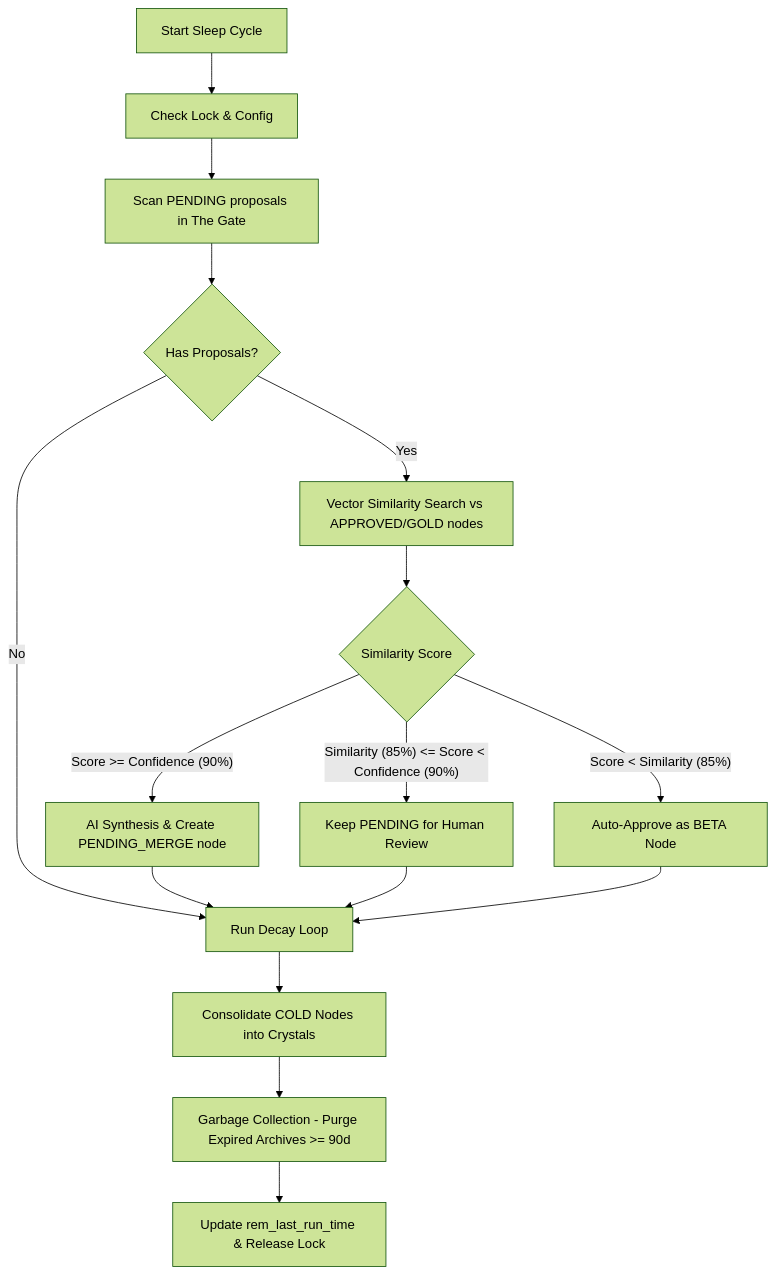
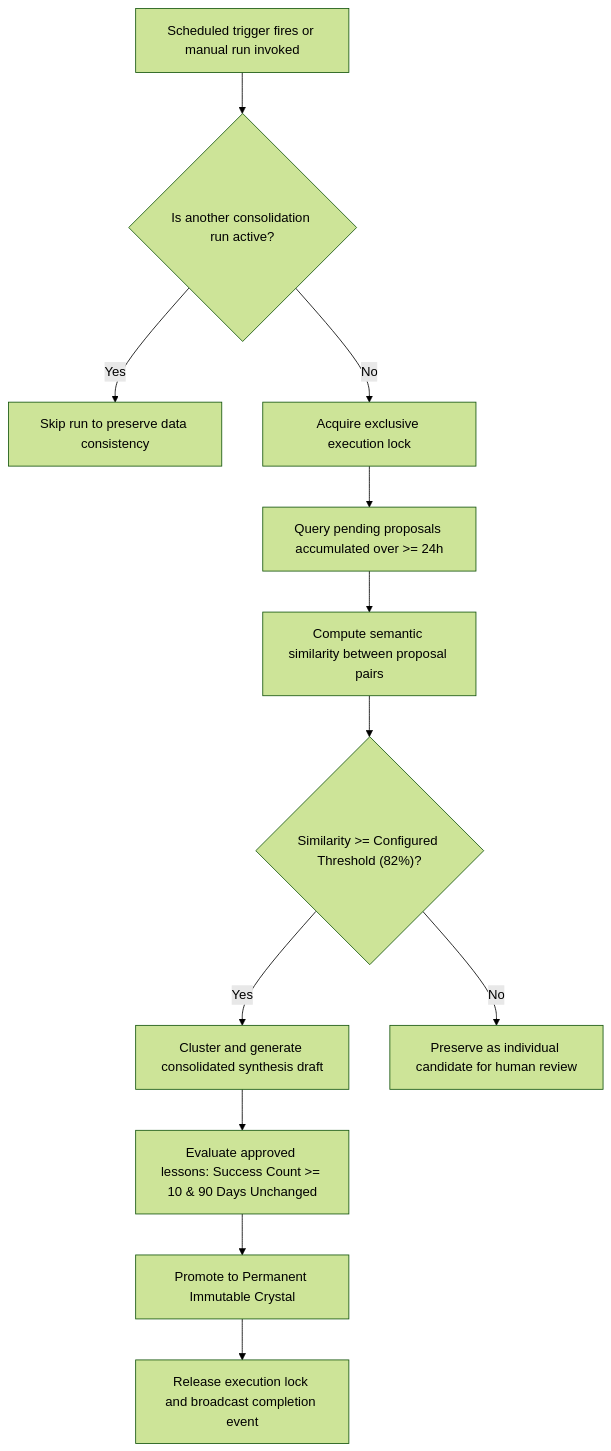
One commit to DatNH2K1/synapse-agents changed the diagram in docs/features/05-rem-sleep-cycle-worker.md. Above: the diagram before and after it, drawn with Mermaid (forest theme). The commit also changed other lines of this file and 11 other files, not shown here.

````diff
--- a/docs/features/05-rem-sleep-cycle-worker.md
+++ b/docs/features/05-rem-sleep-cycle-worker.md
@@ -28,18 +17,14 @@
 ```mermaid
 flowchart TD
-    A[Start Sleep Cycle] --> B[Check Lock & Config]
-    B --> C[Scan PENDING proposals in The Gate]
-    C --> D{Has Proposals?}
-    D -- No --> E[Run Decay Loop]
-    D -- Yes --> F[Vector Similarity Search vs APPROVED/GOLD nodes]
-    F --> G{Similarity Score}
-    G -- "Score >= Confidence (90%)" --> H[AI Synthesis & Create PENDING_MERGE node]
-    G -- "Similarity (85%) <= Score < Confidence (90%)" --> I[Keep PENDING for Human Review]
-    G -- "Score < Similarity (85%)" --> J[Auto-Approve as BETA Node]
-    H --> E
-    I --> E
-    J --> E
-    E --> K[Consolidate COLD Nodes into Crystals]
-    K --> L[Garbage Collection - Purge Expired Archives >= 90d]
-    L --> M[Update rem_last_run_time & Release Lock]
+    A["Scheduled trigger fires or manual run invoked"] --> B{"Is another consolidation run active?"}
+    B -- Yes --> C["Skip run to preserve data consistency"]
+    B -- No --> D["Acquire exclusive execution lock"]
+    D --> E["Query pending proposals accumulated over >= 24h"]
+    E --> F["Compute semantic similarity between proposal pairs"]
+    F --> G{"Similarity >= Configured Threshold (82%)?"}
+    G -- Yes --> H["Cluster and generate consolidated synthesis draft"]
+    G -- No --> I["Preserve as individual candidate for human review"]
+    H --> J["Evaluate approved lessons: Success Count >= 10 & 90 Days Unchanged"]
+    J --> K["Promote to Permanent Immutable Crystal"]
+    K --> L["Release execution lock and broadcast completion event"]
 ```
````
